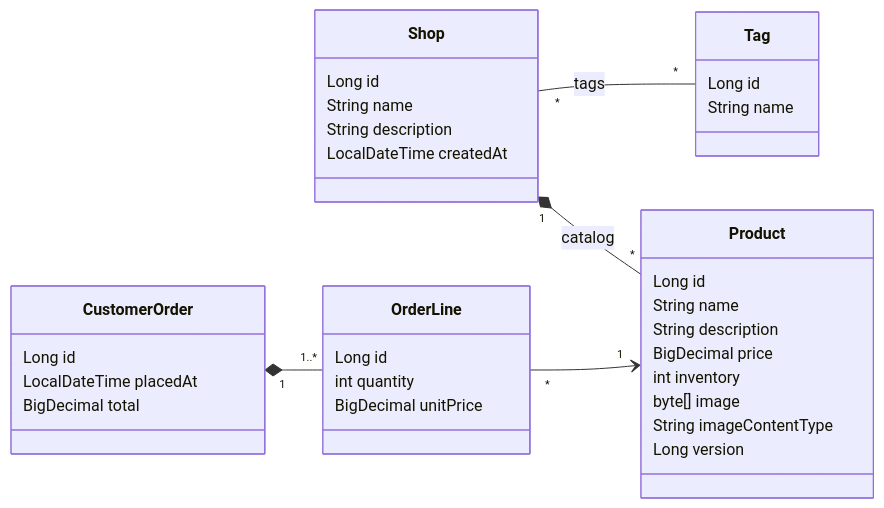
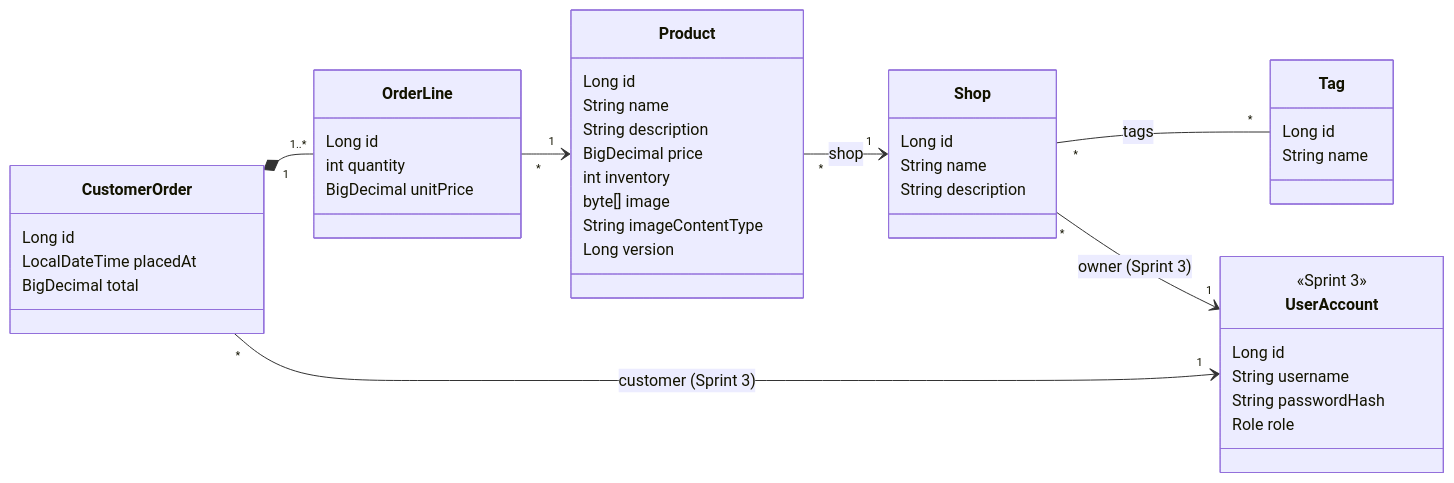
One commit to JacobA31/Mini-Shopify changed the second of 2 diagrams in docs/architecture.md. Above: the diagram before and after it, drawn with Mermaid. The commit also changed other lines of this file and 2 other files, not shown here.

Commit message:
Update docs for Sprint 2 and add the Sprint 3 plan

````diff
--- a/docs/architecture.md
+++ b/docs/architecture.md
@@ -76,38 +77,46 @@
 ```mermaid
 classDiagram
     direction LR
     class Shop {
         Long id
         String name
         String description
-        LocalDateTime createdAt
     }
     class Tag {
         Long id
         String name
     }
     class Product {
         Long id
         String name
         String description
         BigDecimal price
         int inventory
         byte[] image
         String imageContentType
         Long version
     }
     class CustomerOrder {
         Long id
         LocalDateTime placedAt
         BigDecimal total
     }
     class OrderLine {
         Long id
         int quantity
         BigDecimal unitPrice
     }
+    class UserAccount {
+        <<Sprint 3>>
+        Long id
+        String username
+        String passwordHash
+        Role role
+    }
     Shop "*" -- "*" Tag : tags
-    Shop "1" *-- "*" Product : catalog
+    Product "*" --> "1" Shop : shop
     CustomerOrder "1" *-- "1..*" OrderLine
     OrderLine "*" --> "1" Product
+    Shop "*" --> "1" UserAccount : owner (Sprint 3)
+    CustomerOrder "*" --> "1" UserAccount : customer (Sprint 3)
 ```
````
